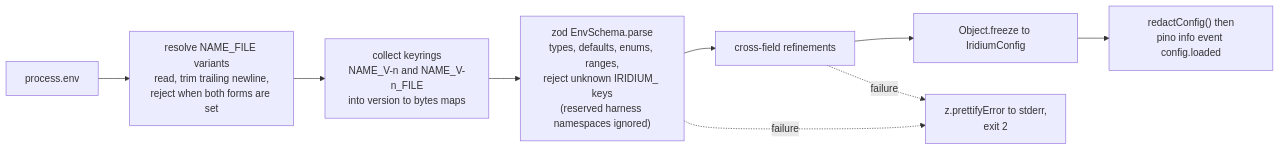
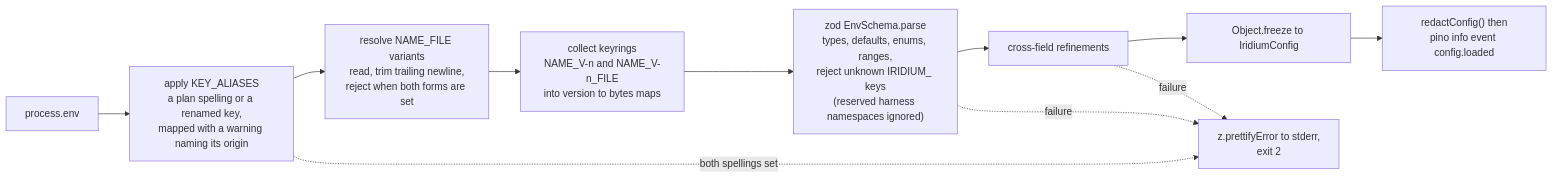
Before and after one commit to Mythikos/iridium: diagram 12 of 12 in docs/plan/02-system-architecture.md, drawn with Mermaid. The commit also changed other lines of this file and 135 other files, not shown here.

````diff
--- a/docs/plan/02-system-architecture.md
+++ b/docs/plan/02-system-architecture.md
@@ -825,11 +839,13 @@
 ```mermaid
 flowchart LR
-  ENV["process.env"] --> FILES["resolve NAME_FILE variants<br/>read, trim trailing newline,<br/>reject when both forms are set"]
+  ENV["process.env"] --> ALIASES["apply KEY_ALIASES<br/>a plan spelling or a renamed key,<br/>mapped with a warning naming its origin"]
+  ALIASES --> FILES["resolve NAME_FILE variants<br/>read, trim trailing newline,<br/>reject when both forms are set"]
   FILES --> RINGS["collect keyrings<br/>NAME_V-n and NAME_V-n_FILE<br/>into version to bytes maps"]
   RINGS --> PARSE["zod EnvSchema.parse<br/>types, defaults, enums, ranges,<br/>reject unknown IRIDIUM_ keys<br/>(reserved harness namespaces ignored)"]
   PARSE --> REFINE["cross-field refinements"]
   REFINE --> FREEZE["Object.freeze to IridiumConfig"]
   FREEZE --> SUMMARY["redactConfig() then<br/>pino info event config.loaded"]
   PARSE -. failure .-> EXIT["z.prettifyError to stderr,<br/>exit 2"]
   REFINE -. failure .-> EXIT
+  ALIASES -. both spellings set .-> EXIT
 ```
````
